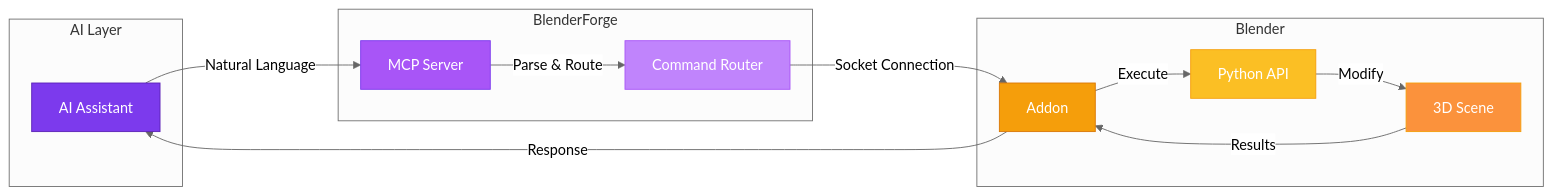
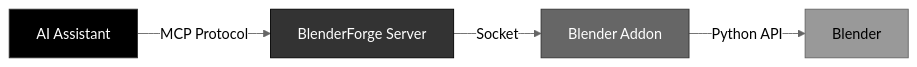
The diagram in docs/index.md (mithun50/blenderforge), drawn with Mermaid (neutral theme) before and after one commit. The commit also changed other lines of this file and 2 other files, not shown here.

````diff
--- a/docs/index.md
+++ b/docs/index.md
@@ -236,32 +129,11 @@
 ```mermaid
 flowchart LR
-    subgraph AI["AI Layer"]
-        A[AI Assistant]
-    end
+    A[AI Assistant] -->|MCP Protocol| B[BlenderForge Server]
+    B -->|Socket| C[Blender Addon]
+    C -->|Python API| D[Blender]
 
-    subgraph Bridge["BlenderForge"]
-        B[MCP Server]
-        C[Command Router]
-    end
-
-    subgraph Blender["Blender"]
-        D[Addon]
-        E[Python API]
-        F[3D Scene]
-    end
-
-    A -->|"Natural Language"| B
-    B -->|"Parse & Route"| C
-    C -->|"Socket Connection"| D
-    D -->|"Execute"| E
-    E -->|"Modify"| F
-    F -->|"Results"| D
-    D -->|"Response"| A
-
-    style A fill:#7c3aed,stroke:#5b21b6,color:#fff
-    style B fill:#a855f7,stroke:#7c3aed,color:#fff
-    style C fill:#c084fc,stroke:#a855f7,color:#fff
-    style D fill:#f59e0b,stroke:#d97706,color:#fff
-    style E fill:#fbbf24,stroke:#f59e0b,color:#fff
-    style F fill:#fb923c,stroke:#f59e0b,color:#fff
+    style A fill:#000,stroke:#333,color:#fff
+    style B fill:#333,stroke:#000,color:#fff
+    style C fill:#666,stroke:#333,color:#fff
+    style D fill:#999,stroke:#666,color:#000
 ```
````
